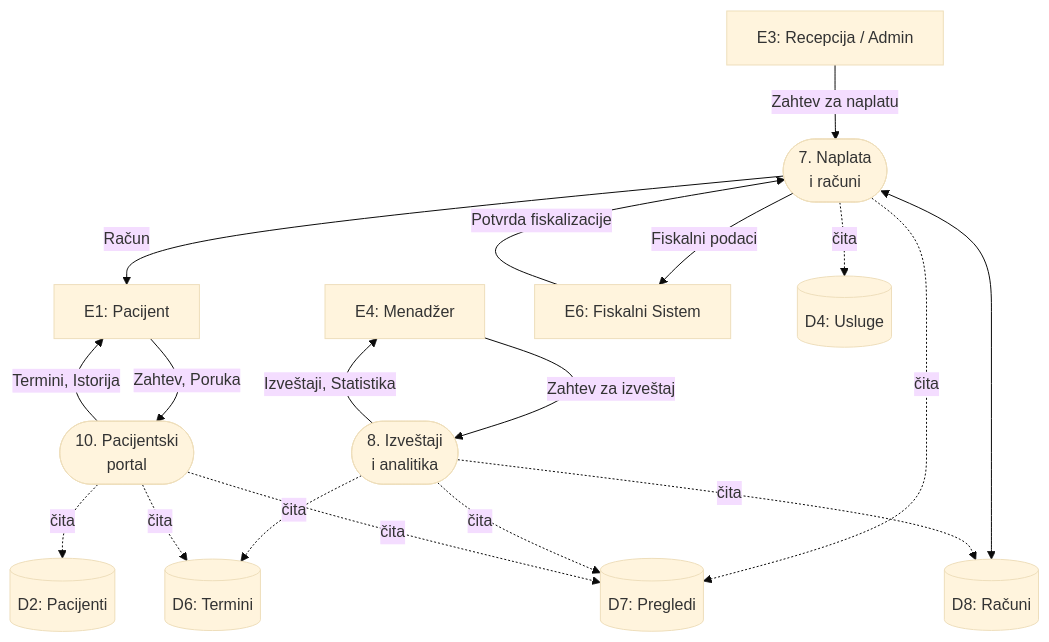
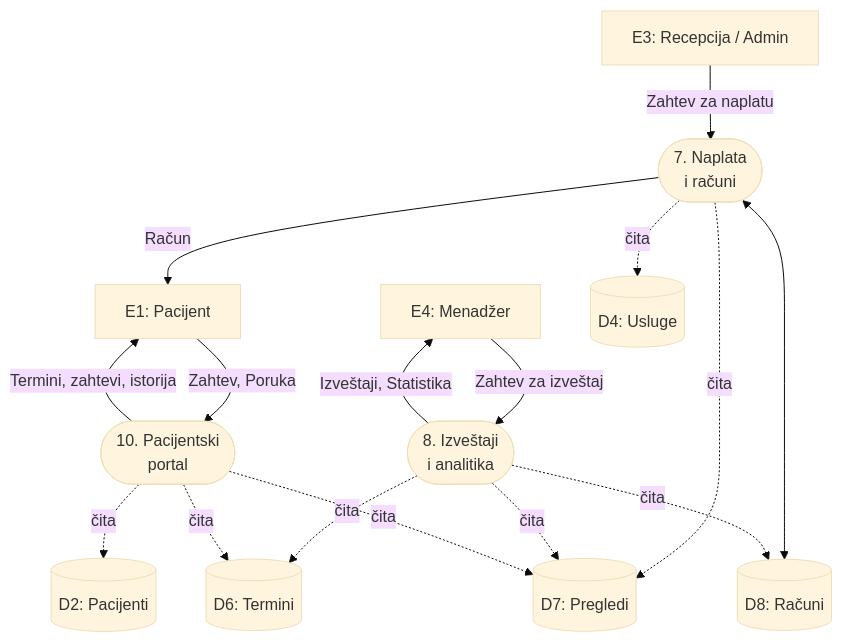
One commit to W1nt3rR/informacioni-sistem-privatne-klinike changed the fourth of 34 diagrams in docs/sistem-analiza.md. Above: the diagram before and after it, drawn with Mermaid (base theme). The commit also changed other lines of this file and 25 other files, not shown here.

````diff
--- a/docs/sistem-analiza.md
+++ b/docs/sistem-analiza.md
@@ -311,37 +305,34 @@
 ```mermaid
 graph TD
     E1["E1: Pacijent"]
     E3["E3: Recepcija / Admin"]
     E4["E4: Menadžer"]
-    E6["E6: Fiskalni Sistem"]
 
     P7(["7. Naplata<br/>i računi"])
     P8(["8. Izveštaji<br/>i analitika"])
     P10(["10. Pacijentski<br/>portal"])
 
     D2[("D2: Pacijenti")]
     D4[("D4: Usluge")]
     D6[("D6: Termini")]
     D7[("D7: Pregledi")]
     D8[("D8: Računi")]
 
     E3 -->|"Zahtev za naplatu"| P7
     P7 -->|"Račun"| E1
-    P7 -->|"Fiskalni podaci"| E6
-    E6 -->|"Potvrda fiskalizacije"| P7
     P7 <--> D8
     P7 -.->|"čita"| D7
     P7 -.->|"čita"| D4
 
     E4 -->|"Zahtev za izveštaj"| P8
     P8 -->|"Izveštaji, Statistika"| E4
     P8 -.->|"čita"| D6
     P8 -.->|"čita"| D7
     P8 -.->|"čita"| D8
 
     E1 -->|"Zahtev, Poruka"| P10
-    P10 -->|"Termini, Istorija"| E1
+    P10 -->|"Termini, zahtevi, istorija"| E1
     P10 -.->|"čita"| D2
     P10 -.->|"čita"| D6
     P10 -.->|"čita"| D7
 ```
````
